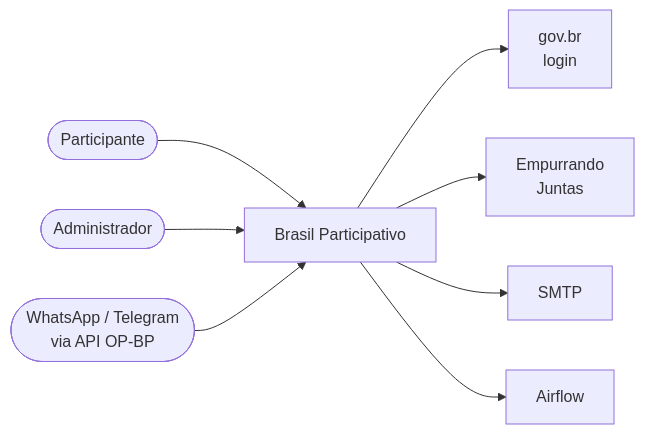
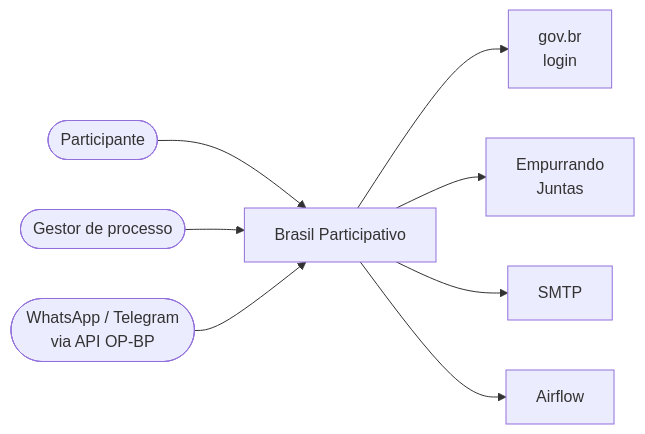
Before and after one commit to RochaCarla/doc-bp: the first of 7 diagrams in docs/visao-geral/arquitetura.md, drawn with Mermaid. The commit also changed 21 other files, not shown here.

````diff
--- a/docs/visao-geral/arquitetura.md
+++ b/docs/visao-geral/arquitetura.md
@@ -24,11 +24,11 @@
 ```mermaid
 flowchart LR
     P([Participante]) --> BP
-    A([Administrador]) --> BP
+    A([Gestor de processo]) --> BP
     BOT([WhatsApp / Telegram<br/>via API OP-BP]) --> BP
     BP[Brasil Participativo]
     BP --> GOV[gov.br<br/>login]
     BP --> EJ[Empurrando<br/>Juntas]
     BP --> MAIL[SMTP]
     BP --> AF[Airflow]
 ```
````
